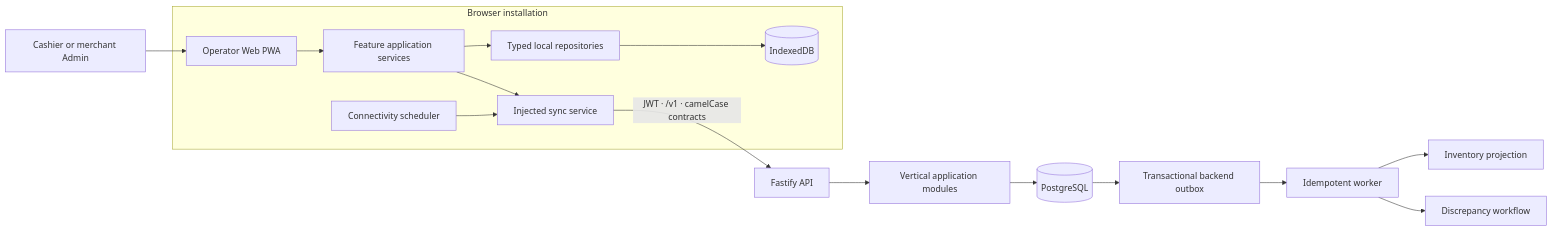
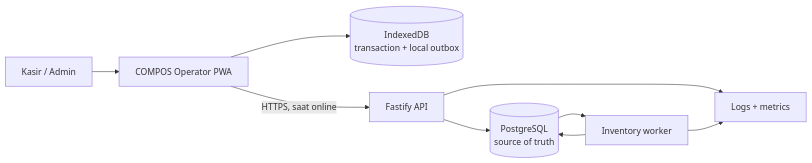
The first of 2 diagrams in docs/system_architecture.md (myudak/compos), drawn with Mermaid before and after one commit. The commit also changed other lines of this file and 28 other files, not shown here.

````diff
--- a/docs/system_architecture.md
+++ b/docs/system_architecture.md
@@ -5,18 +5,11 @@
 ```mermaid
 flowchart LR
-  Cashier["Cashier or merchant Admin"] --> Web["Operator Web PWA"]
-  subgraph Browser["Browser installation"]
-    Web --> Features["Feature application services"]
-    Features --> Repositories["Typed local repositories"]
-    Repositories --> IDB[("IndexedDB")]
-    Features --> Sync["Injected sync service"]
-    Scheduler["Connectivity scheduler"] --> Sync
-  end
-  Sync -->|"JWT · /v1 · camelCase contracts"| API["Fastify API"]
-  API --> Modules["Vertical application modules"]
-  Modules --> PG[("PostgreSQL")]
-  PG --> Outbox["Transactional backend outbox"]
-  Outbox --> Worker["Idempotent worker"]
-  Worker --> Inventory["Inventory projection"]
-  Worker --> Discrepancies["Discrepancy workflow"]
+  Kasir["Kasir / Admin"] --> PWA["COMPOS Operator PWA"]
+  PWA --> IDB[("IndexedDB\ntransaction + local outbox")]
+  PWA -->|"HTTPS, saat online"| API["Fastify API"]
+  API --> PG[("PostgreSQL\nsource of truth")]
+  Worker["Inventory worker"] --> PG
+  PG --> Worker
+  API --> Obs["Logs + metrics"]
+  Worker --> Obs
 ```
````
